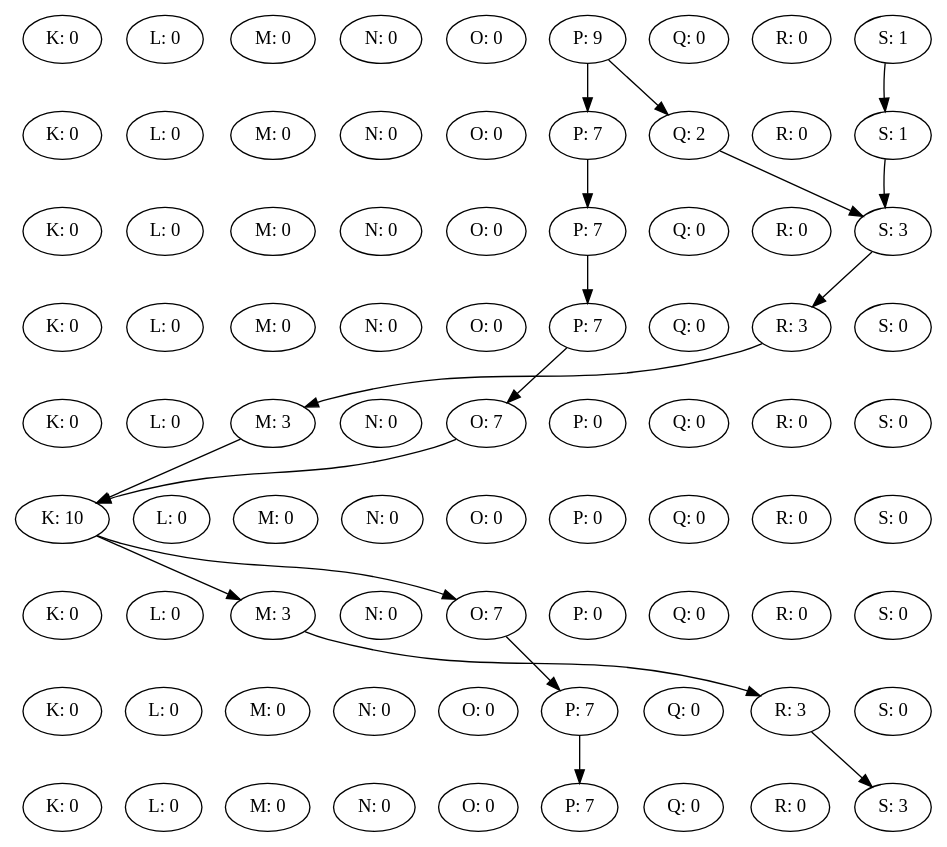
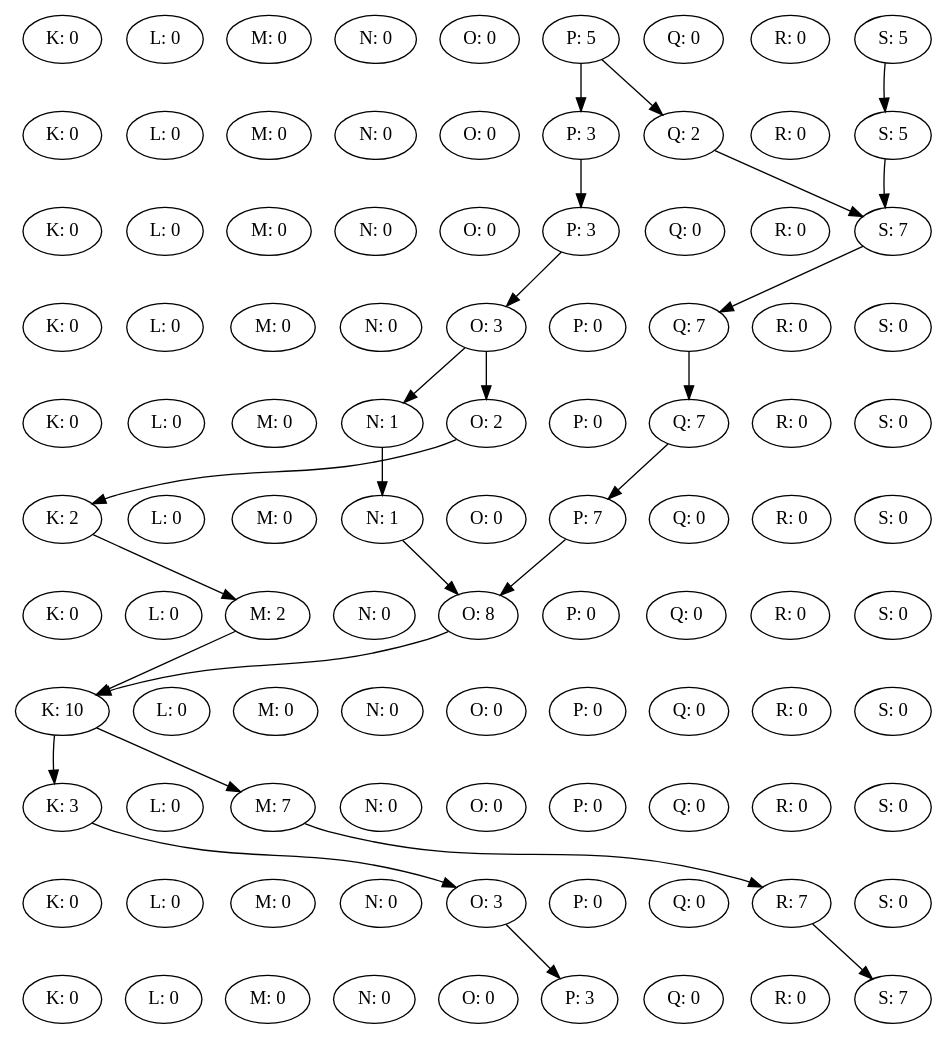
Before and after one commit to TieneSabor/slugs_swarmPlanner: the diagram in ReAssigned.dot, drawn with Graphviz. The commit also changed 16 other files, not shown here.

```diff
--- a/ReAssigned.dot
+++ b/ReAssigned.dot
@@ -1,103 +1,128 @@
 digraph {
 K0 [label="K: 0"];
 L0 [label="L: 0"];
 M0 [label="M: 0"];
 N0 [label="N: 0"];
 O0 [label="O: 0"];
-P0 [label="P: 9"];
+P0 [label="P: 5"];
 Q0 [label="Q: 0"];
 R0 [label="R: 0"];
-S0 [label="S: 1"];
+S0 [label="S: 5"];
 rank = same {K0 -> L0 -> M0 -> N0 -> O0 -> P0 -> Q0 -> R0 -> S0 [style=invis] }K1 [label="K: 0"];
 L1 [label="L: 0"];
 M1 [label="M: 0"];
 N1 [label="N: 0"];
 O1 [label="O: 0"];
-P1 [label="P: 7"];
+P1 [label="P: 3"];
 Q1 [label="Q: 2"];
 R1 [label="R: 0"];
-S1 [label="S: 1"];
+S1 [label="S: 5"];
 rank = same {K1 -> L1 -> M1 -> N1 -> O1 -> P1 -> Q1 -> R1 -> S1 [style=invis] }P0 -> P1
 P0 -> Q1
 S0 -> S1
 K2 [label="K: 0"];
 L2 [label="L: 0"];
 M2 [label="M: 0"];
 N2 [label="N: 0"];
 O2 [label="O: 0"];
-P2 [label="P: 7"];
+P2 [label="P: 3"];
 Q2 [label="Q: 0"];
 R2 [label="R: 0"];
-S2 [label="S: 3"];
+S2 [label="S: 7"];
 rank = same {K2 -> L2 -> M2 -> N2 -> O2 -> P2 -> Q2 -> R2 -> S2 [style=invis] }P1 -> P2
 Q1 -> S2
 S1 -> S2
 K3 [label="K: 0"];
 L3 [label="L: 0"];
 M3 [label="M: 0"];
 N3 [label="N: 0"];
-O3 [label="O: 0"];
-P3 [label="P: 7"];
-Q3 [label="Q: 0"];
-R3 [label="R: 3"];
+O3 [label="O: 3"];
+P3 [label="P: 0"];
+Q3 [label="Q: 7"];
+R3 [label="R: 0"];
 S3 [label="S: 0"];
-rank = same {K3 -> L3 -> M3 -> N3 -> O3 -> P3 -> Q3 -> R3 -> S3 [style=invis] }P2 -> P3
-S2 -> R3
+rank = same {K3 -> L3 -> M3 -> N3 -> O3 -> P3 -> Q3 -> R3 -> S3 [style=invis] }P2 -> O3
+S2 -> Q3
 K4 [label="K: 0"];
 L4 [label="L: 0"];
-M4 [label="M: 3"];
-N4 [label="N: 0"];
-O4 [label="O: 7"];
+M4 [label="M: 0"];
+N4 [label="N: 1"];
+O4 [label="O: 2"];
 P4 [label="P: 0"];
-Q4 [label="Q: 0"];
+Q4 [label="Q: 7"];
 R4 [label="R: 0"];
 S4 [label="S: 0"];
-rank = same {K4 -> L4 -> M4 -> N4 -> O4 -> P4 -> Q4 -> R4 -> S4 [style=invis] }P3 -> O4
-R3 -> M4
-K5 [label="K: 10"];
+rank = same {K4 -> L4 -> M4 -> N4 -> O4 -> P4 -> Q4 -> R4 -> S4 [style=invis] }O3 -> N4
+O3 -> O4
+Q3 -> Q4
+K5 [label="K: 2"];
 L5 [label="L: 0"];
 M5 [label="M: 0"];
-N5 [label="N: 0"];
+N5 [label="N: 1"];
 O5 [label="O: 0"];
-P5 [label="P: 0"];
+P5 [label="P: 7"];
 Q5 [label="Q: 0"];
 R5 [label="R: 0"];
 S5 [label="S: 0"];
-rank = same {K5 -> L5 -> M5 -> N5 -> O5 -> P5 -> Q5 -> R5 -> S5 [style=invis] }M4 -> K5
+rank = same {K5 -> L5 -> M5 -> N5 -> O5 -> P5 -> Q5 -> R5 -> S5 [style=invis] }N4 -> N5
 O4 -> K5
+Q4 -> P5
 K6 [label="K: 0"];
 L6 [label="L: 0"];
-M6 [label="M: 3"];
+M6 [label="M: 2"];
 N6 [label="N: 0"];
-O6 [label="O: 7"];
+O6 [label="O: 8"];
 P6 [label="P: 0"];
 Q6 [label="Q: 0"];
 R6 [label="R: 0"];
 S6 [label="S: 0"];
 rank = same {K6 -> L6 -> M6 -> N6 -> O6 -> P6 -> Q6 -> R6 -> S6 [style=invis] }K5 -> M6
-K5 -> O6
-K7 [label="K: 0"];
+N5 -> O6
+P5 -> O6
+K7 [label="K: 10"];
 L7 [label="L: 0"];
 M7 [label="M: 0"];
 N7 [label="N: 0"];
 O7 [label="O: 0"];
-P7 [label="P: 7"];
+P7 [label="P: 0"];
 Q7 [label="Q: 0"];
-R7 [label="R: 3"];
+R7 [label="R: 0"];
 S7 [label="S: 0"];
-rank = same {K7 -> L7 -> M7 -> N7 -> O7 -> P7 -> Q7 -> R7 -> S7 [style=invis] }M6 -> R7
-O6 -> P7
-K8 [label="K: 0"];
+rank = same {K7 -> L7 -> M7 -> N7 -> O7 -> P7 -> Q7 -> R7 -> S7 [style=invis] }M6 -> K7
+O6 -> K7
+K8 [label="K: 3"];
 L8 [label="L: 0"];
-M8 [label="M: 0"];
+M8 [label="M: 7"];
 N8 [label="N: 0"];
 O8 [label="O: 0"];
-P8 [label="P: 7"];
+P8 [label="P: 0"];
 Q8 [label="Q: 0"];
 R8 [label="R: 0"];
-S8 [label="S: 3"];
-rank = same {K8 -> L8 -> M8 -> N8 -> O8 -> P8 -> Q8 -> R8 -> S8 [style=invis] }P7 -> P8
-R7 -> S8
-K0 -> K1 -> K2 -> K3 -> K4 -> K5 -> K6 -> K7 -> K8 [ style=invis; weight=1000 ]
-S0 -> S1 -> S2 -> S3 -> S4 -> S5 -> S6 -> S7 -> S8 [ style=invis; weight=1000 ]
+S8 [label="S: 0"];
+rank = same {K8 -> L8 -> M8 -> N8 -> O8 -> P8 -> Q8 -> R8 -> S8 [style=invis] }K7 -> K8
+K7 -> M8
+K9 [label="K: 0"];
+L9 [label="L: 0"];
+M9 [label="M: 0"];
+N9 [label="N: 0"];
+O9 [label="O: 3"];
+P9 [label="P: 0"];
+Q9 [label="Q: 0"];
+R9 [label="R: 7"];
+S9 [label="S: 0"];
+rank = same {K9 -> L9 -> M9 -> N9 -> O9 -> P9 -> Q9 -> R9 -> S9 [style=invis] }K8 -> O9
+M8 -> R9
+K10 [label="K: 0"];
+L10 [label="L: 0"];
+M10 [label="M: 0"];
+N10 [label="N: 0"];
+O10 [label="O: 0"];
+P10 [label="P: 3"];
+Q10 [label="Q: 0"];
+R10 [label="R: 0"];
+S10 [label="S: 7"];
+rank = same {K10 -> L10 -> M10 -> N10 -> O10 -> P10 -> Q10 -> R10 -> S10 [style=invis] }O9 -> P10
+R9 -> S10
+K0 -> K1 -> K2 -> K3 -> K4 -> K5 -> K6 -> K7 -> K8 -> K9 -> K10 [ style=invis; weight=1000 ]
+S0 -> S1 -> S2 -> S3 -> S4 -> S5 -> S6 -> S7 -> S8 -> S9 -> S10 [ style=invis; weight=1000 ]
 }
```
